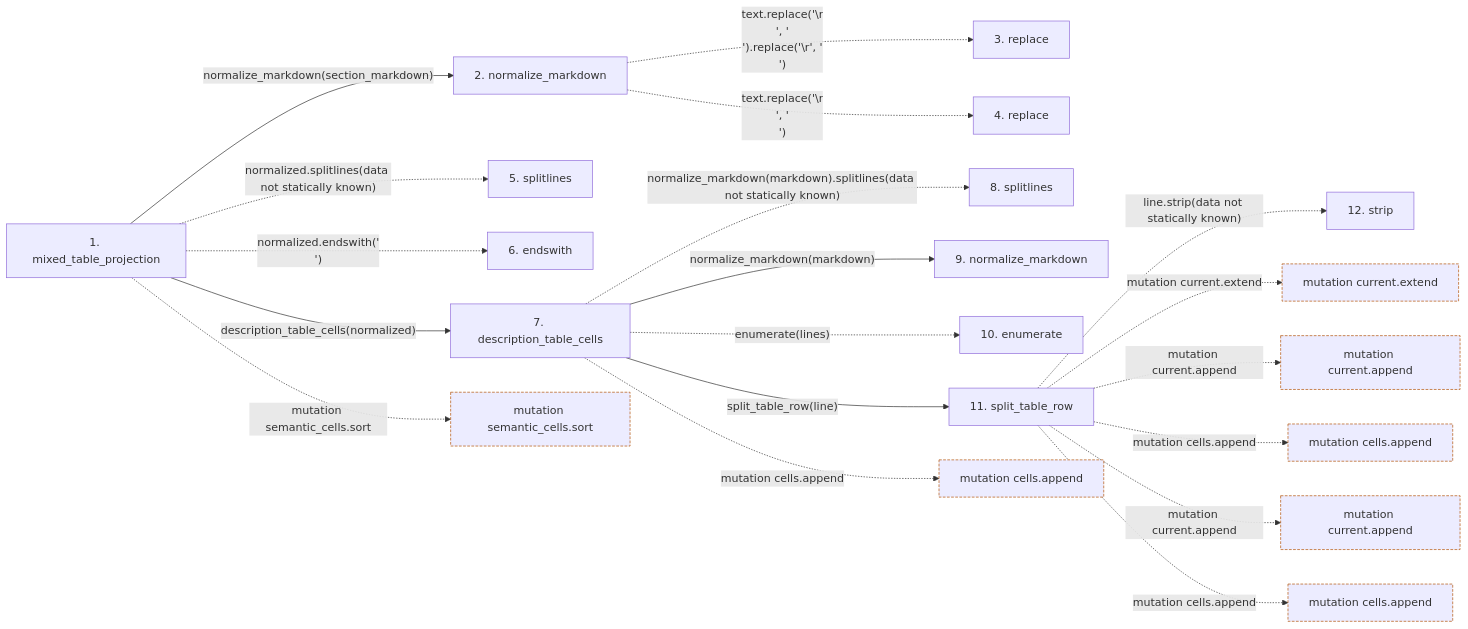
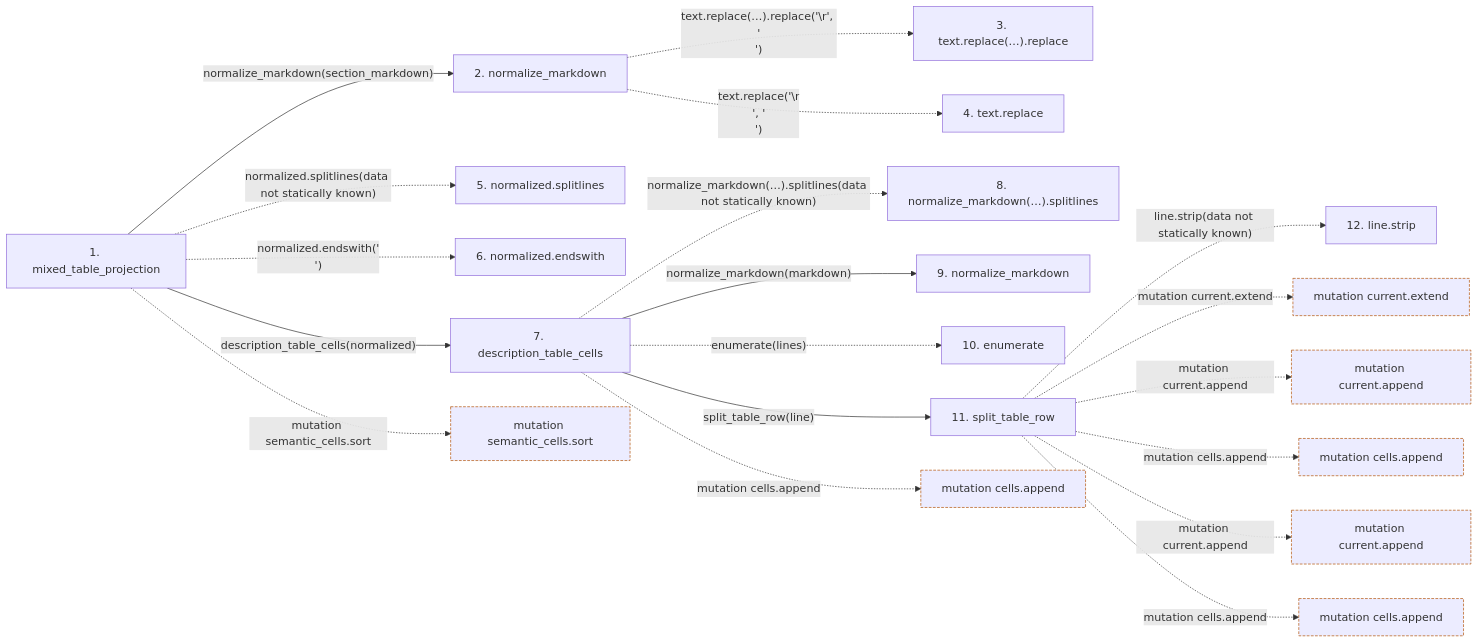
The second of 2 diagrams in docs/llm_wiki/flows/api-mixed_table_projection.md (Denissvgn/python-wiki-llm), drawn with Mermaid before and after one commit. The commit also changed other lines of this file and 719 other files, not shown here.

````diff
--- a/docs/llm_wiki/flows/api-mixed_table_projection.md
+++ b/docs/llm_wiki/flows/api-mixed_table_projection.md
@@ -67,53 +73,53 @@
 ```mermaid
 flowchart LR
     s1["1. mixed_table_projection"]
     s2["2. normalize_markdown"]
-    s3["3. replace"]
-    s4["4. replace"]
-    s5["5. splitlines"]
-    s6["6. endswith"]
+    s3["3. text.replace(…).replace"]
+    s4["4. text.replace"]
+    s5["5. normalized.splitlines"]
+    s6["6. normalized.endswith"]
     s7["7. description_table_cells"]
-    s8["8. splitlines"]
+    s8["8. normalize_markdown(…).splitlines"]
     s9["9. normalize_markdown"]
     s10["10. enumerate"]
     s11["11. split_table_row"]
-    s12["12. strip"]
+    s12["12. line.strip"]
     s1 -->|"normalize_markdown(section_markdown)"| s2
-    s2 -. "text.replace('\r\n', '\n').replace('\r', '\n')" .-> s3
+    s2 -. "text.replace(…).replace('\r', '\n')" .-> s3
     s2 -. "text.replace('\r\n', '\n')" .-> s4
     s1 -. "normalized.splitlines(data not statically known)" .-> s5
     s1 -. "normalized.endswith('\n')" .-> s6
     s1 -->|"description_table_cells(normalized)"| s7
-    s7 -. "normalize_markdown(markdown).splitlines(data not statically known)" .-> s8
+    s7 -. "normalize_markdown(…).splitlines(data not statically known)" .-> s8
     s7 -->|"normalize_markdown(markdown)"| s9
     s7 -. "enumerate(lines)" .-> s10
     s7 -->|"split_table_row(line)"| s11
     s11 -. "line.strip(data not statically known)" .-> s12
     b0["mutation semantic_cells.sort"]
     s1 -. "mutation semantic_cells.sort" .-> b0
     b1["mutation cells.append"]
     s7 -. "mutation cells.append" .-> b1
     b2["mutation current.extend"]
     s11 -. "mutation current.extend" .-> b2
     b3["mutation current.append"]
     s11 -. "mutation current.append" .-> b3
     b4["mutation cells.append"]
     s11 -. "mutation cells.append" .-> b4
     b5["mutation current.append"]
     s11 -. "mutation current.append" .-> b5
     b6["mutation cells.append"]
     s11 -. "mutation cells.append" .-> b6
     click s1 "../modules/markdown_sections.md"
     click s2 "../modules/markdown_sections.md"
     click s7 "../modules/markdown_sections.md"
     click s9 "../modules/markdown_sections.md"
     click s11 "../modules/markdown_sections.md"
     classDef boundary stroke:#b45309,stroke-dasharray: 4 2
     class b0 boundary
     class b1 boundary
     class b2 boundary
     class b3 boundary
     class b4 boundary
     class b5 boundary
     class b6 boundary
 ```
````
